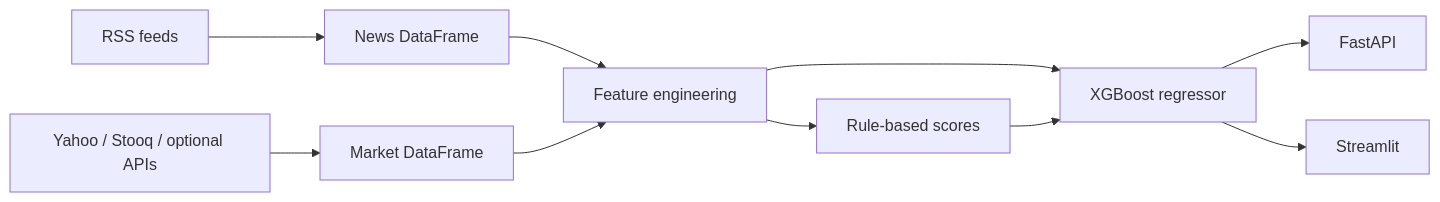
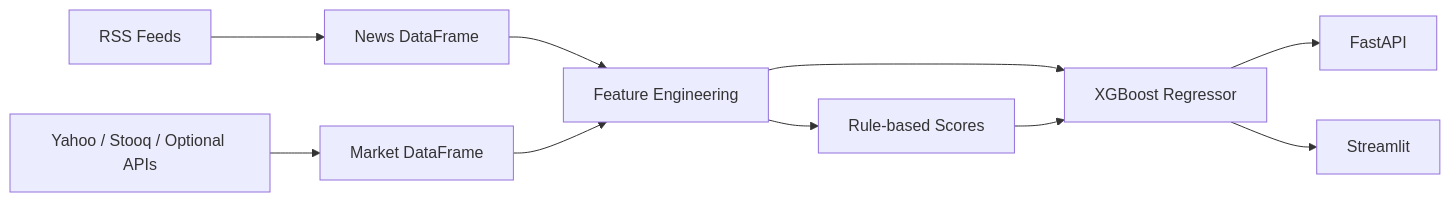
The diagram in README.md (KV0217/supplier-risk-intelligence), drawn with Mermaid before and after one commit. The commit also changed other lines of this file, not shown here.

````diff
--- a/README.md
+++ b/README.md
@@ -72,12 +30,12 @@
 ```mermaid
 flowchart LR
-  RSS[RSS feeds] --> NewsDF[News DataFrame]
-  MKT[Yahoo / Stooq / optional APIs] --> FinDF[Market DataFrame]
-  NewsDF --> FE[Feature engineering]
+  RSS[RSS Feeds] --> NewsDF[News DataFrame]
+  MKT[Yahoo / Stooq / Optional APIs] --> FinDF[Market DataFrame]
+  NewsDF --> FE[Feature Engineering]
   FinDF --> FE
-  FE --> Rules[Rule-based scores]
-  FE --> ML[XGBoost regressor]
+  FE --> Rules[Rule-based Scores]
+  FE --> ML[XGBoost Regressor]
   Rules --> ML
   ML --> API[FastAPI]
   ML --> UI[Streamlit]
 ```
````
